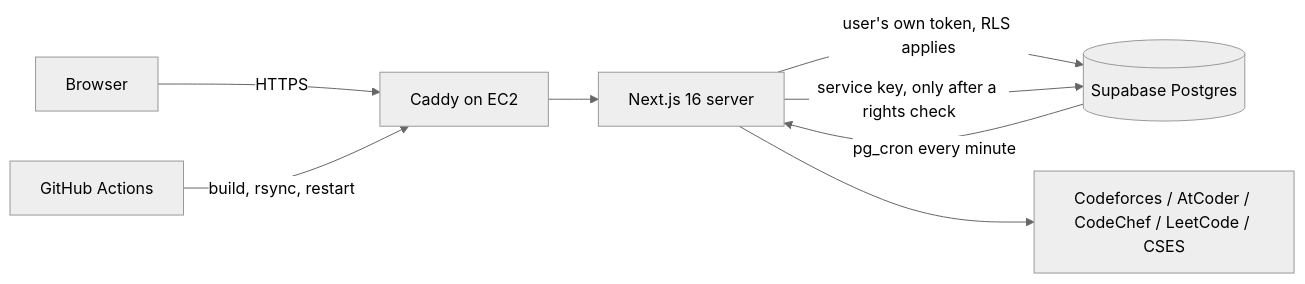
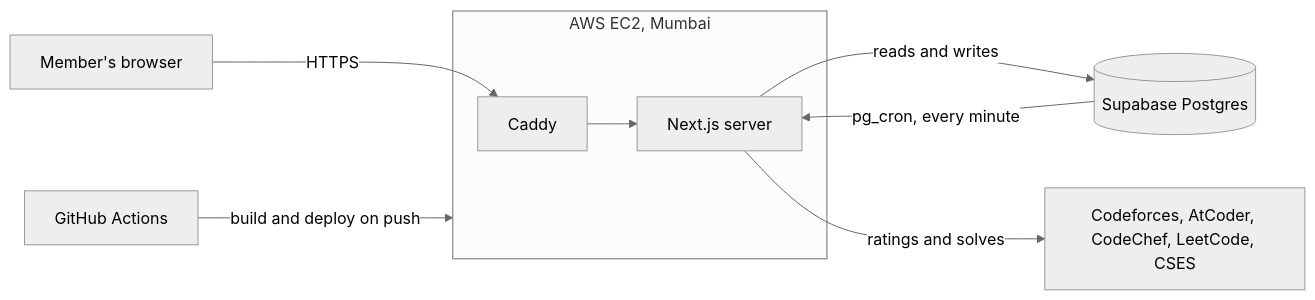
One commit to krritinkeshan/nlogn-club-platform changed the diagram in README.md. Above: the diagram before and after it, drawn with Mermaid (neutral theme). The commit also changed other lines of this file and 1 other file, not shown here.

Commit message:
README rewrite with numbers, architecture diagrams

````diff
--- a/README.md
+++ b/README.md
@@ -41,10 +46,11 @@
 ```mermaid
 flowchart LR
-  B[Browser] -->|HTTPS| C[Caddy on EC2]
-  C --> N[Next.js 16 server]
-  N -->|user's own token, RLS applies| S[(Supabase Postgres)]
-  N -->|service key, only after a rights check| S
-  S -->|pg_cron every minute| N
-  N --> J[Codeforces / AtCoder / CodeChef / LeetCode / CSES]
-  G[GitHub Actions] -->|build, rsync, restart| C
+  U[Member's browser] -->|HTTPS| C[Caddy]
+  subgraph EC2 [AWS EC2, Mumbai]
+    C --> N[Next.js server]
+  end
+  N -->|reads and writes| DB[(Supabase Postgres)]
+  DB -->|pg_cron, every minute| N
+  N -->|ratings and solves| J[Codeforces, AtCoder, CodeChef, LeetCode, CSES]
+  GH[GitHub Actions] -->|build and deploy on push| EC2
 ```
````
